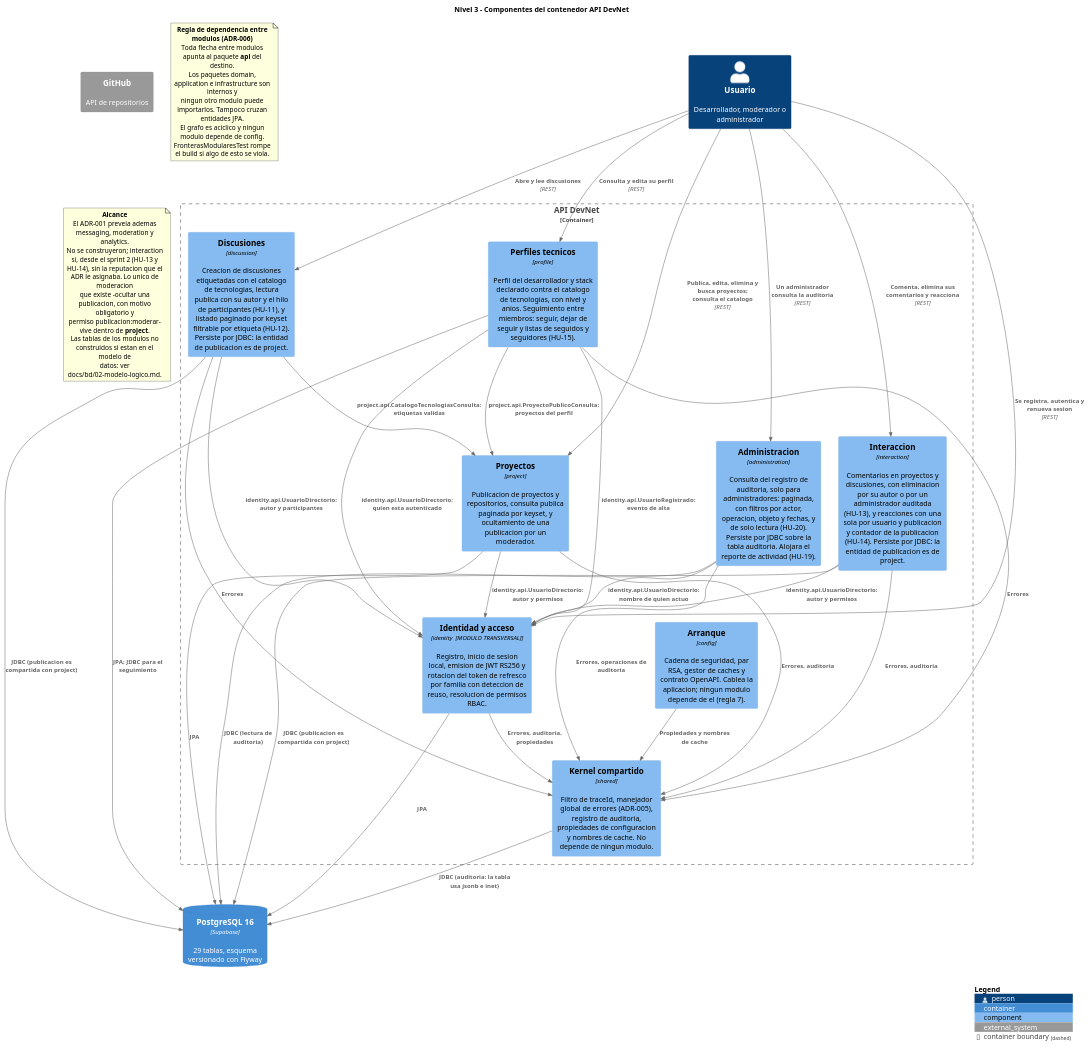
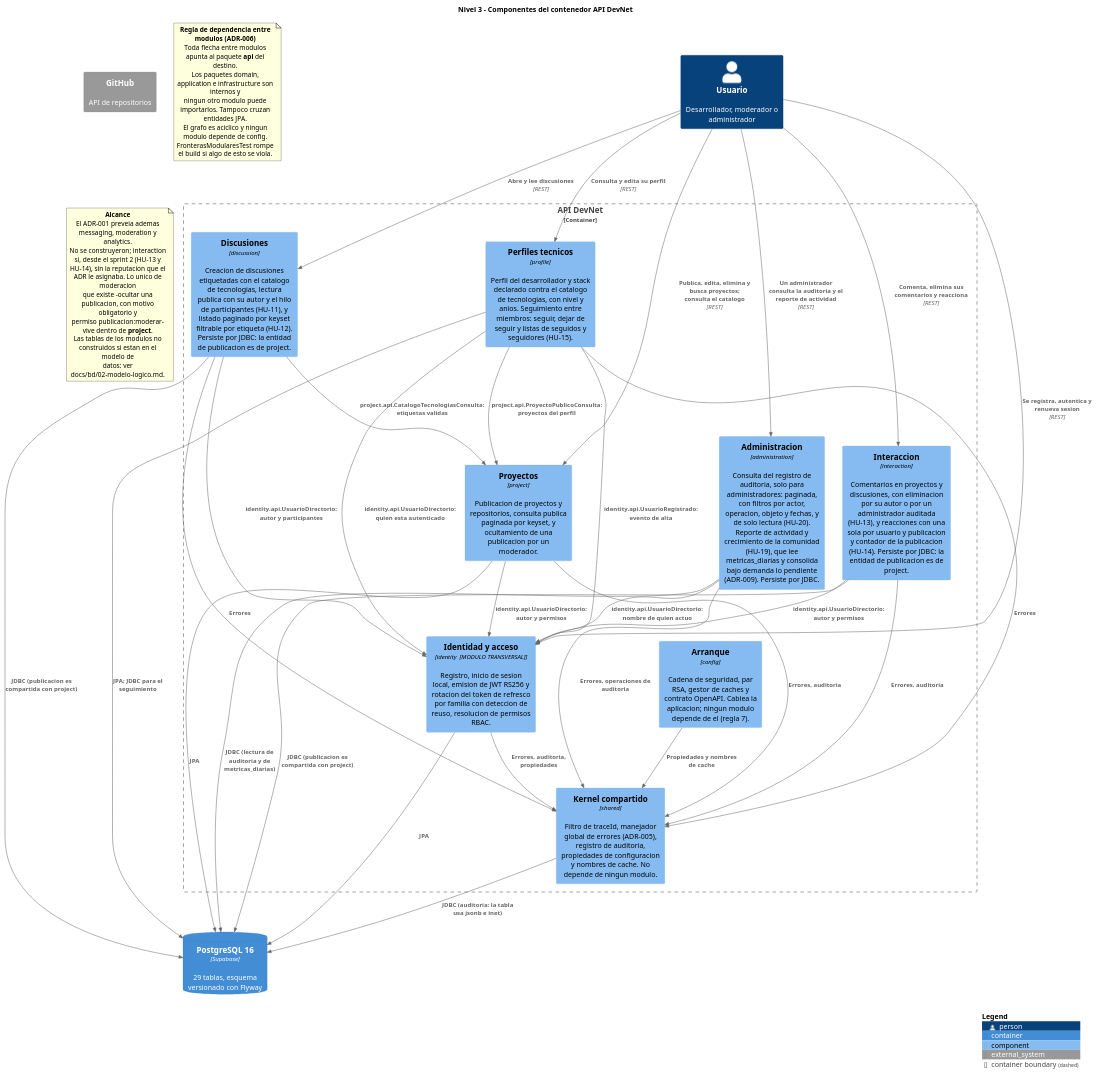
The diagram in docs/arquitectura/c4-03-componentes-api.puml (EAP02/EAP02-Back), drawn with PlantUML before and after one commit. The commit also changed 28 other files, not shown here.

Commit message:
feat(HU-19): reporte de actividad y crecimiento

```diff
--- a/docs/arquitectura/c4-03-componentes-api.puml
+++ b/docs/arquitectura/c4-03-componentes-api.puml
@@ -1,94 +1,94 @@
 @startuml c4-03-componentes-api
 ' DevNet - Red Social para Desarrolladores
 ' C4 Nivel 3: Componentes dentro del contenedor "API DevNet"
 '
 ' Este diagrama refleja el codigo, no el alcance previsto. Cada caja existe como
 ' paquete bajo com.codefactory.devnet y cada flecha es un import verificable.
 ' El §4.1 exige que los diagramas coincidan con el codigo desplegado.
 '
 ' Sin conexion a internet, reemplazar el include por: !include <C4/C4_Component>
 !include https://raw.githubusercontent.com/plantuml-stdlib/C4-PlantUML/master/C4_Component.puml
 
 title Nivel 3 - Componentes del contenedor API DevNet
 
 Person(usuario, "Usuario", "Desarrollador, moderador o administrador")
 
 Container_Boundary(api, "API DevNet") {
 
     Component(identity, "Identidad y acceso", "identity  [MODULO TRANSVERSAL]", "Registro, inicio de sesion local, emision de JWT RS256 y rotacion del token de refresco por familia con deteccion de reuso, resolucion de permisos RBAC.")
 
     Component(profile, "Perfiles tecnicos", "profile", "Perfil del desarrollador y stack declarado contra el catalogo de tecnologias, con nivel y anios. Seguimiento entre miembros: seguir, dejar de seguir y listas de seguidos y seguidores (HU-15).")
 
     Component(project, "Proyectos", "project", "Publicacion de proyectos y repositorios, consulta publica paginada por keyset, y ocultamiento de una publicacion por un moderador.")
 
     Component(discussion, "Discusiones", "discussion", "Creacion de discusiones etiquetadas con el catalogo de tecnologias, lectura publica con su autor y el hilo de participantes (HU-11), y listado paginado por keyset filtrable por etiqueta (HU-12). Persiste por JDBC: la entidad de publicacion es de project.")
 
     Component(interaction, "Interaccion", "interaction", "Comentarios en proyectos y discusiones, con eliminacion por su autor o por un administrador auditada (HU-13), y reacciones con una sola por usuario y publicacion y contador de la publicacion (HU-14). Persiste por JDBC: la entidad de publicacion es de project.")
 
-    Component(administration, "Administracion", "administration", "Consulta del registro de auditoria, solo para administradores: paginada, con filtros por actor, operacion, objeto y fechas, y de solo lectura (HU-20). Persiste por JDBC sobre la tabla auditoria. Alojara el reporte de actividad (HU-19).")
+    Component(administration, "Administracion", "administration", "Consulta del registro de auditoria, solo para administradores: paginada, con filtros por actor, operacion, objeto y fechas, y de solo lectura (HU-20). Reporte de actividad y crecimiento de la comunidad (HU-19), que lee metricas_diarias y consolida bajo demanda lo pendiente (ADR-009). Persiste por JDBC.")
 
     Component(shared, "Kernel compartido", "shared", "Filtro de traceId, manejador global de errores (ADR-005), registro de auditoria, propiedades de configuracion y nombres de cache. No depende de ningun modulo.")
 
     Component(config, "Arranque", "config", "Cadena de seguridad, par RSA, gestor de caches y contrato OpenAPI. Cablea la aplicacion; ningun modulo depende de el (regla 7).")
 }
 
 ContainerDb(bd, "PostgreSQL 16", "Supabase", "29 tablas, esquema versionado con Flyway")
 System_Ext(github, "GitHub", "API de repositorios")
 
 Rel(usuario, identity, "Se registra, autentica y renueva sesion", "REST")
 Rel(usuario, profile, "Consulta y edita su perfil", "REST")
 Rel(usuario, project, "Publica, edita, elimina y busca proyectos; consulta el catalogo", "REST")
 Rel(usuario, discussion, "Abre y lee discusiones", "REST")
 Rel(usuario, interaction, "Comenta, elimina sus comentarios y reacciona", "REST")
-Rel(usuario, administration, "Un administrador consulta la auditoria", "REST")
+Rel(usuario, administration, "Un administrador consulta la auditoria y el reporte de actividad", "REST")
 
 ' --- Dependencias entre modulos. Siempre hacia el paquete api del destino (ADR-006).
 Rel_D(profile, identity, "identity.api.UsuarioDirectorio: quien esta autenticado")
 Rel_D(profile, identity, "identity.api.UsuarioRegistrado: evento de alta")
 Rel_D(profile, project, "project.api.ProyectoPublicoConsulta: proyectos del perfil")
 Rel_D(project, identity, "identity.api.UsuarioDirectorio: autor y permisos")
 Rel_D(discussion, identity, "identity.api.UsuarioDirectorio: autor y participantes")
 Rel_D(discussion, project, "project.api.CatalogoTecnologiasConsulta: etiquetas validas")
 Rel_D(interaction, identity, "identity.api.UsuarioDirectorio: autor y permisos")
 Rel_D(administration, identity, "identity.api.UsuarioDirectorio: nombre de quien actuo")
 
 ' --- Todos los modulos consumen el kernel.
 Rel_D(identity, shared, "Errores, auditoria, propiedades")
 Rel_D(profile, shared, "Errores")
 Rel_D(project, shared, "Errores, auditoria")
 Rel_D(discussion, shared, "Errores")
 Rel_D(interaction, shared, "Errores, auditoria")
 Rel_D(administration, shared, "Errores, operaciones de auditoria")
 Rel_D(config, shared, "Propiedades y nombres de cache")
 
 Rel(identity, bd, "JPA")
 Rel(profile, bd, "JPA; JDBC para el seguimiento")
 Rel(project, bd, "JPA")
 Rel(discussion, bd, "JDBC (publicacion es compartida con project)")
 Rel(interaction, bd, "JDBC (publicacion es compartida con project)")
-Rel(administration, bd, "JDBC (lectura de auditoria)")
+Rel(administration, bd, "JDBC (lectura de auditoria y de metricas_diarias)")
 Rel(shared, bd, "JDBC (auditoria: la tabla usa jsonb e inet)")
 
 SHOW_LEGEND()
 
 note as N1
   <b>Regla de dependencia entre modulos (ADR-006)</b>
   Toda flecha entre modulos apunta al paquete <b>api</b> del destino.
   Los paquetes domain, application e infrastructure son internos y
   ningun otro modulo puede importarlos. Tampoco cruzan entidades JPA.
   El grafo es aciclico y ningun modulo depende de config.
   FronterasModularesTest rompe el build si algo de esto se viola.
 end note
 
 note as N2
   <b>Alcance</b>
   El ADR-001 preveia ademas messaging, moderation y analytics.
   No se construyeron; interaction si, desde el sprint 2 (HU-13 y
   HU-14), sin la reputacion que el ADR le asignaba. Lo unico de moderacion
   que existe -ocultar una publicacion, con motivo obligatorio y
   permiso publicacion:moderar- vive dentro de <b>project</b>.
   Las tablas de los modulos no construidos si estan en el modelo de
   datos: ver docs/bd/02-modelo-logico.md.
 end note
 
 @enduml
```
